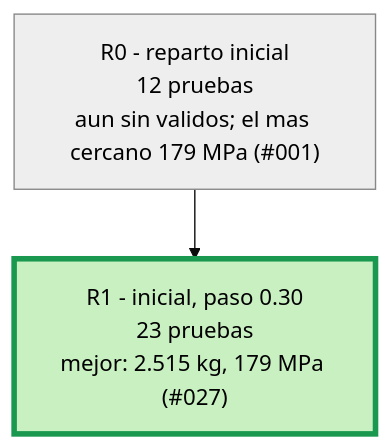
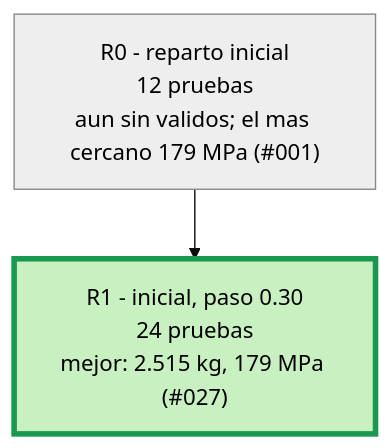
The second of 3 diagrams in runs/opt_37800N/ARBOL.md (Hugiko/msd-soporte-optimizacion), drawn with Mermaid (base theme) before and after one commit. The commit also changed 22 other files, not shown here.

````diff
--- a/runs/opt_37800N/ARBOL.md
+++ b/runs/opt_37800N/ARBOL.md
@@ -21,9 +21,9 @@
 ```mermaid
 graph TD
 classDef activa fill:#d6eaff,stroke:#1f6fb5,color:#000
 classDef fin fill:#eeeeee,stroke:#888,color:#000
 classDef mejor fill:#c8f0c0,stroke:#1a9850,stroke-width:4px,color:#000
 R0["R0 - reparto inicial<br/>12 pruebas<br/>aun sin validos; el mas cercano 179 MPa (#001)"]:::fin
-R1["R1 - inicial, paso 0.30<br/>23 pruebas<br/>mejor: 2.515 kg, 179 MPa (#027)"]:::mejor
+R1["R1 - inicial, paso 0.30<br/>24 pruebas<br/>mejor: 2.515 kg, 179 MPa (#027)"]:::mejor
 R0 --> R1
 ```
````
